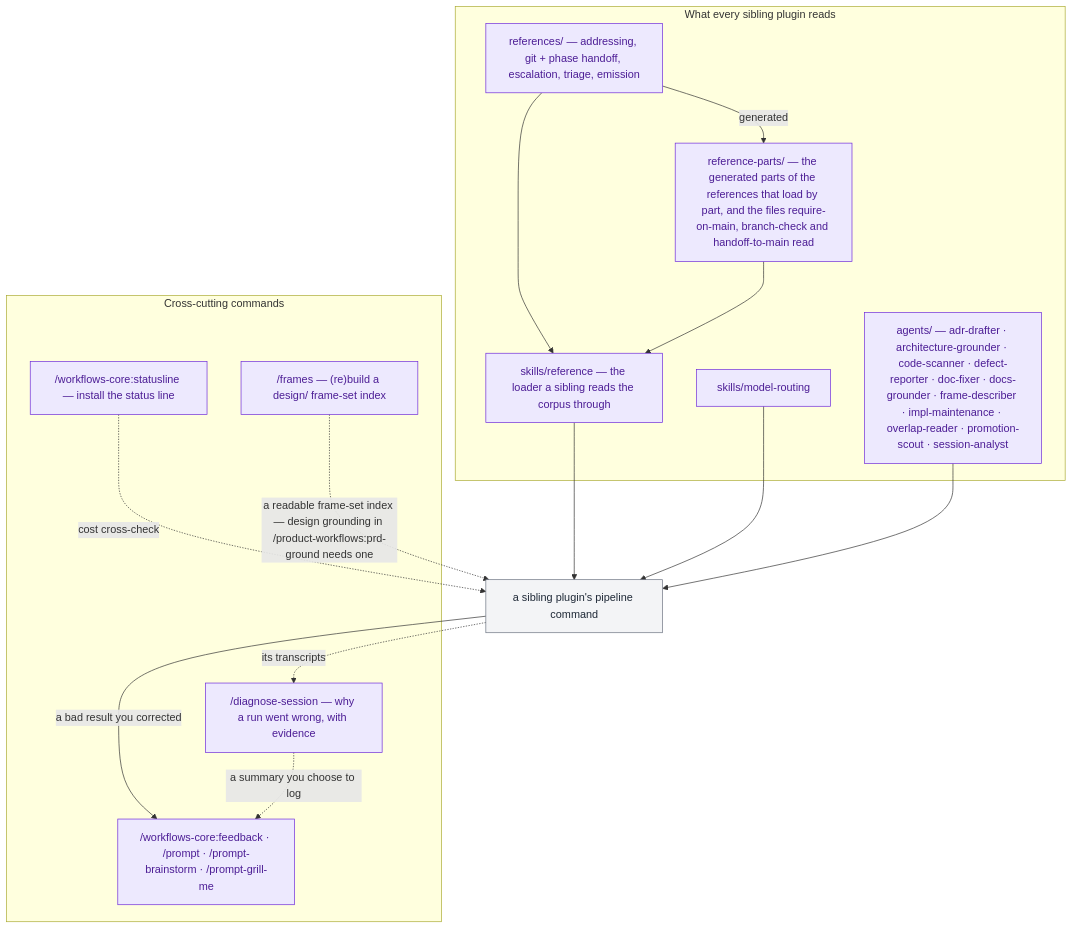
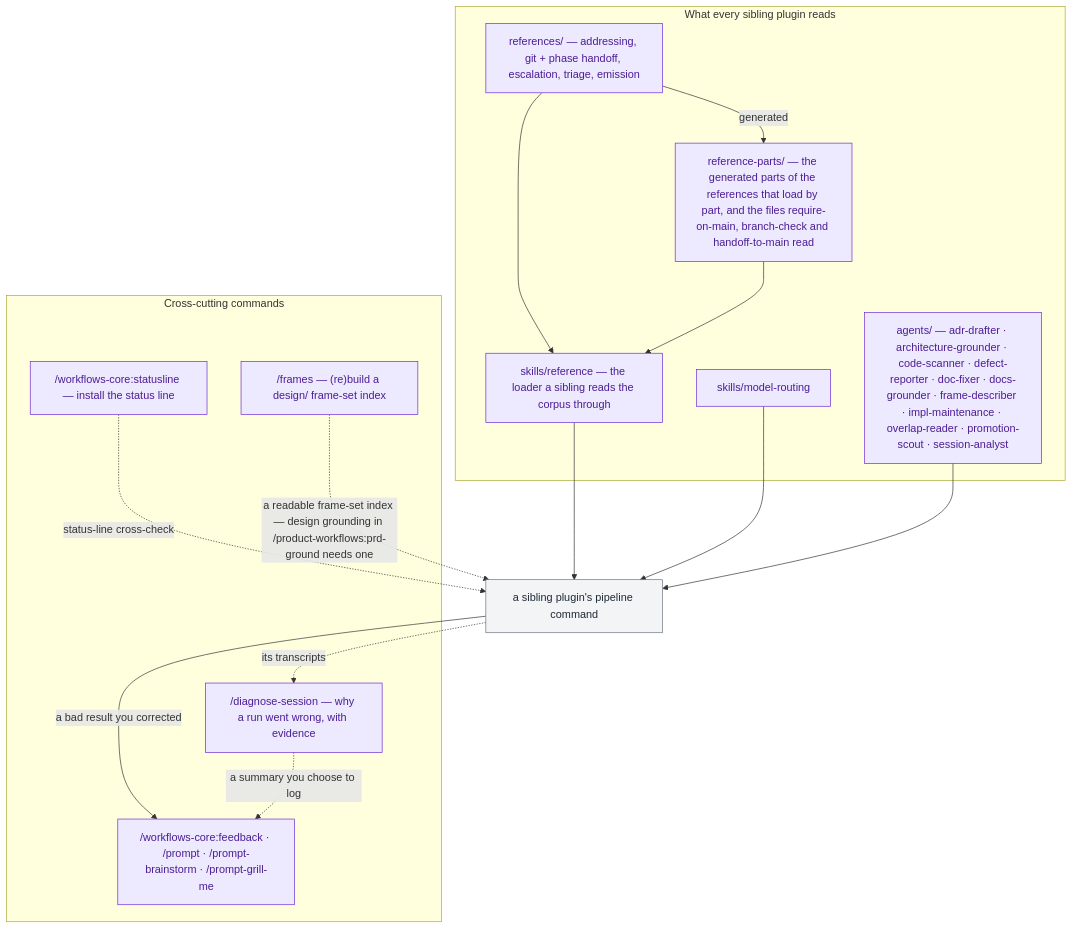
One commit to ihudak/ai-workflows changed the diagram in plugins/workflows-core/docs/workflow.md. Above: the diagram before and after it, drawn with Mermaid. The commit also changed other lines of this file and 47 other files, not shown here.

First line of the commit message:
fix: B32 — the family's entry points: four diagrams draw /document after the PE's PRD conformance, the status-line cross-check and the run flags are documented, three getting-started pages install the status line, and check 29 holds each README's documentation table to every page

````diff
--- a/plugins/workflows-core/docs/workflow.md
+++ b/plugins/workflows-core/docs/workflow.md
@@ -5,32 +5,32 @@
 ```mermaid
 flowchart TD
     subgraph CORPUS["What every sibling plugin reads"]
         refs["references/ — addressing, git + phase handoff, escalation, triage, emission"]:::core
         parts["reference-parts/ — the generated parts of the references that load by part, and the files require-on-main, branch-check and handoff-to-main read"]:::core
         loader["skills/reference — the loader a sibling reads the corpus through"]:::core
         skill["skills/model-routing"]:::core
         agents["agents/ — adr-drafter · architecture-grounder · code-scanner · defect-reporter · doc-fixer · docs-grounder · frame-describer · impl-maintenance · overlap-reader · promotion-scout · session-analyst"]:::core
     end
     subgraph CROSS["Cross-cutting commands"]
         setup["/workflows-core:statusline — install the status line"]:::core
         repair["/frames — (re)build a design/ frame-set index"]:::core
         improve["/workflows-core:feedback · /prompt · /prompt-brainstorm · /prompt-grill-me"]:::core
         diagnose["/diagnose-session — why a run went wrong, with evidence"]:::core
     end
     pipeline["a sibling plugin's pipeline command"]:::other
 
     refs --> loader
     refs -->|generated| parts
     parts --> loader
     loader --> pipeline
     skill --> pipeline
     agents --> pipeline
     pipeline -->|a bad result you corrected| improve
     pipeline -.->|its transcripts| diagnose
     diagnose -.->|a summary you choose to log| improve
-    setup -.->|cost cross-check| pipeline
+    setup -.->|status-line cross-check| pipeline
     repair -.->|"a readable frame-set index — design grounding in /product-workflows:prd-ground needs one"| pipeline
 
     classDef core fill:#ede9fe,stroke:#6d28d9,color:#4c1d95
     classDef other fill:#f3f4f6,stroke:#6b7280,color:#1f2937
 ```
````
